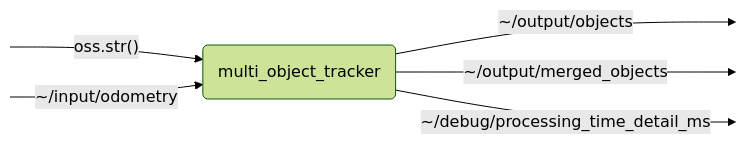
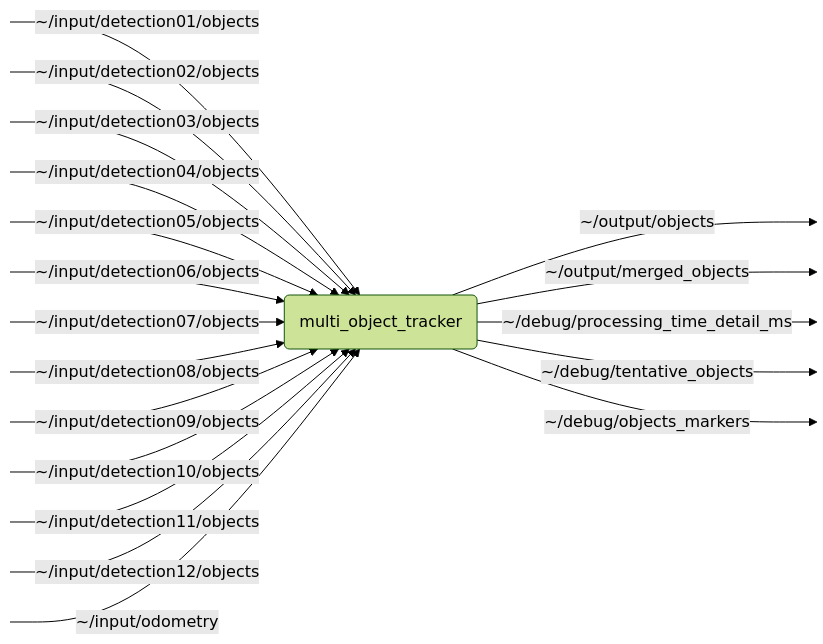
Before and after one commit to thinking-cars/autoware_multi_object_tracker: the diagram in autoware_multi_object_tracker/README.md, drawn with Mermaid (forest theme). The commit also changed other lines of this file, not shown here.

````diff
--- a/autoware_multi_object_tracker/README.md
+++ b/autoware_multi_object_tracker/README.md
@@ -9,10 +9,23 @@
 ```mermaid
 flowchart LR
     NODE("multi_object_tracker")
-    S0:::hidden -->|"oss.str()"| NODE
-    S1:::hidden -->|~/input/odometry| NODE
+    S0:::hidden -->|~/input/detection01/objects| NODE
+    S1:::hidden -->|~/input/detection02/objects| NODE
+    S2:::hidden -->|~/input/detection03/objects| NODE
+    S3:::hidden -->|~/input/detection04/objects| NODE
+    S4:::hidden -->|~/input/detection05/objects| NODE
+    S5:::hidden -->|~/input/detection06/objects| NODE
+    S6:::hidden -->|~/input/detection07/objects| NODE
+    S7:::hidden -->|~/input/detection08/objects| NODE
+    S8:::hidden -->|~/input/detection09/objects| NODE
+    S9:::hidden -->|~/input/detection10/objects| NODE
+    S10:::hidden -->|~/input/detection11/objects| NODE
+    S11:::hidden -->|~/input/detection12/objects| NODE
+    S12:::hidden -->|~/input/odometry| NODE
     NODE -->|~/output/objects| P0:::hidden
     NODE -->|~/output/merged_objects| P1:::hidden
     NODE -->|~/debug/processing_time_detail_ms| P2:::hidden
+    NODE -->|~/debug/tentative_objects| P3:::hidden
+    NODE -->|~/debug/objects_markers| P4:::hidden
     classDef hidden display: none;
 ```
````
